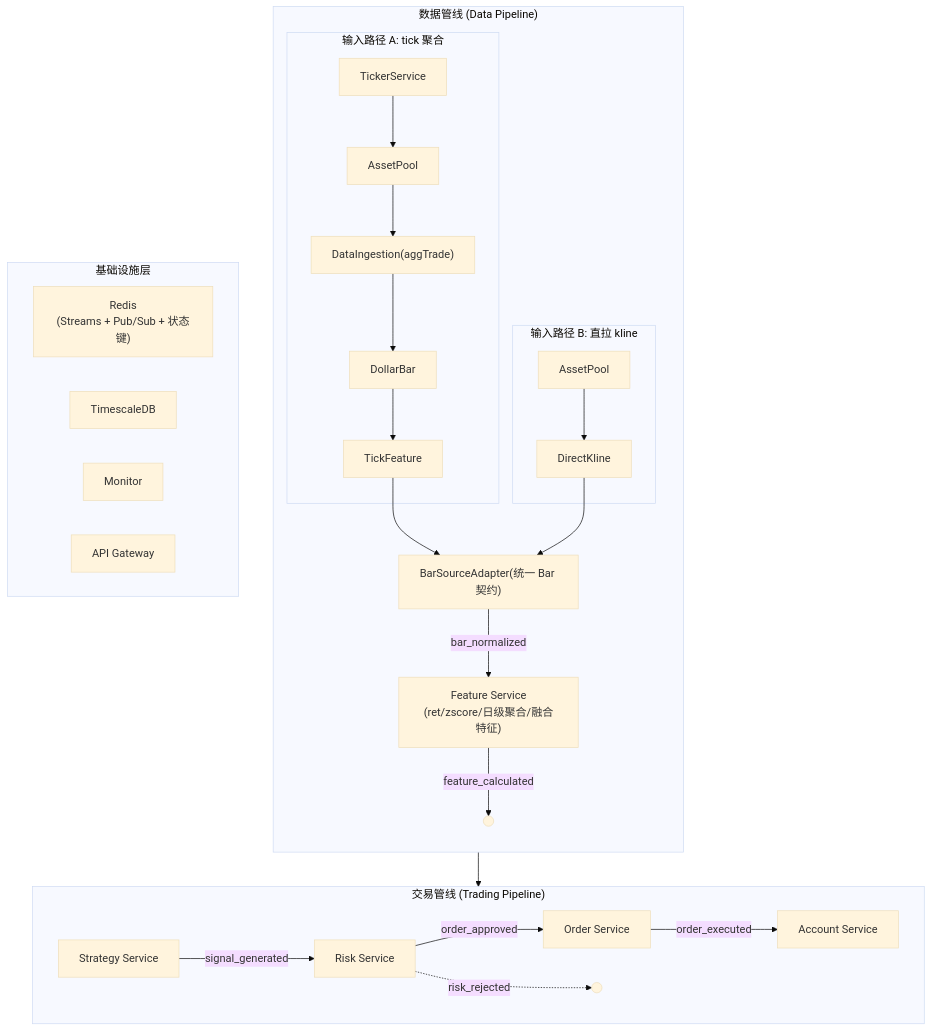
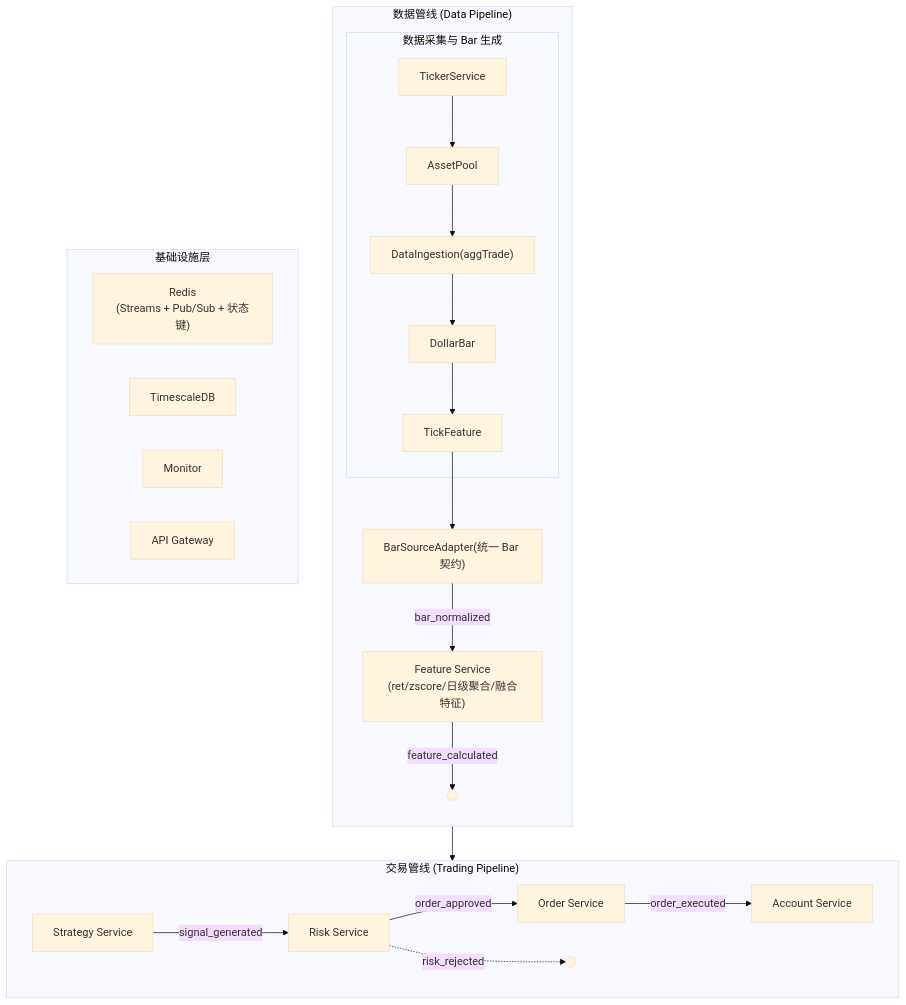
Before and after one commit to DragonQuantt/docs: the first of 5 diagrams in content/architecture/index.md, drawn with Mermaid (base theme). The commit also changed other lines of this file, not shown here.

Commit message:
Update architecture doc

````diff
--- a/content/architecture/index.md
+++ b/content/architecture/index.md
@@ -36,36 +36,32 @@
 ```mermaid
 flowchart TD
     subgraph dataPipeline ["数据管线 (Data Pipeline)"]
         direction TB
-        subgraph pathA ["输入路径 A: tick 聚合"]
+        subgraph pathA ["数据采集与 Bar 生成"]
             TickerData["TickerService"]-->AssetPoolA
             AssetPoolA["AssetPool"] --> DataIngestion["DataIngestion(aggTrade)"]
             DataIngestion --> DollarBar["DollarBar"]
             DollarBar --> TickFeature["TickFeature"]
         end
-        subgraph pathB ["输入路径 B: 直拉 kline"]
-            AssetPoolB["AssetPool"] --> DirectKline["DirectKline"]
-        end
         TickFeature --> BarSourceAdapter["BarSourceAdapter(统一 Bar 契约)"]
-        DirectKline --> BarSourceAdapter
         BarSourceAdapter -->|bar_normalized| FeatureService["Feature Service\n(ret/zscore/日级聚合/融合特征)"]
         FeatureService -->|feature_calculated| outputData((" "))
     end
 
     subgraph tradingPipeline ["交易管线 (Trading Pipeline)"]
         direction LR
         StrategyService["Strategy Service"] -->|signal_generated| RiskService["Risk Service"]
         RiskService -->|order_approved| OrderService["Order Service"]
         RiskService -.->|risk_rejected| AlertPath((" "))
         OrderService -->|order_executed| AccountService["Account Service"]
     end
 
     subgraph infra ["基础设施层"]
         Redis["Redis\n(Streams + Pub/Sub + 状态键)"]
         TimescaleDB["TimescaleDB"]
         Monitor["Monitor"]
         APIGateway["API Gateway"]
     end
 
     outputData --> StrategyService
 ```
````
